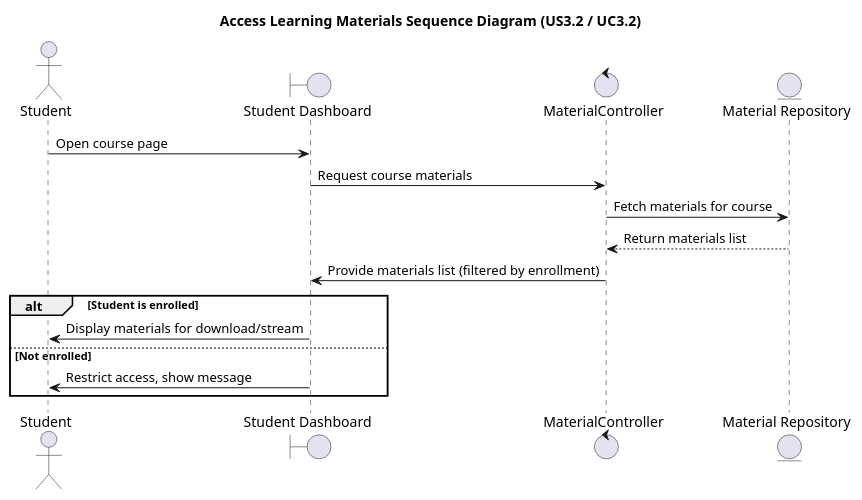
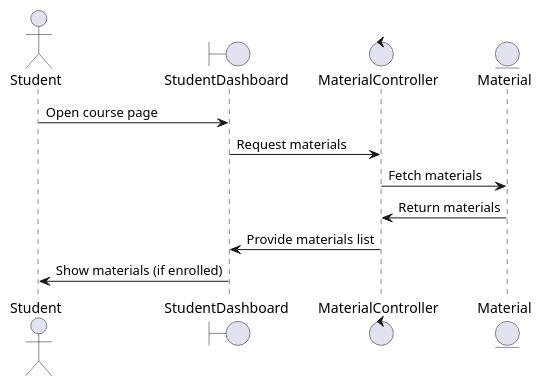
One commit to Huangphoux/uit-SE357_requirement changed the diagram in docs/2. Diagrams/Sequence diagram/11. AccessLearningMaterials/AccessLearningMaterials.pu. Above: the diagram before and after it, drawn with PlantUML. The commit also changed 41 other files, not shown here.

Commit message:
Add all sequence diagrams

```diff
--- a/docs/2. Diagrams/Sequence diagram/11. AccessLearningMaterials/AccessLearningMaterials.pu
+++ b/docs/2. Diagrams/Sequence diagram/11. AccessLearningMaterials/AccessLearningMaterials.pu
@@ -1,21 +1,13 @@
 @startuml AccessLearningMaterials
-title Access Learning Materials Sequence Diagram (US3.2 / UC3.2)
+actor Student
+boundary StudentDashboard
+control MaterialController
+entity Material
 
-actor Student
-boundary "Student Dashboard"
-control "MaterialController"
-entity "Material Repository"
-
-Student -> "Student Dashboard" : Open course page
-"Student Dashboard" -> "MaterialController" : Request course materials
-"MaterialController" -> "Material Repository" : Fetch materials for course
-"Material Repository" --> "MaterialController" : Return materials list
-"MaterialController" -> "Student Dashboard" : Provide materials list (filtered by enrollment)
-
-alt Student is enrolled
-    "Student Dashboard" -> Student : Display materials for download/stream
-else Not enrolled
-    "Student Dashboard" -> Student : Restrict access, show message
-end
-
+Student -> StudentDashboard: Open course page
+StudentDashboard -> MaterialController: Request materials
+MaterialController -> Material: Fetch materials
+Material -> MaterialController: Return materials
+MaterialController -> StudentDashboard: Provide materials list
+StudentDashboard -> Student: Show materials (if enrolled)
 @enduml
```
